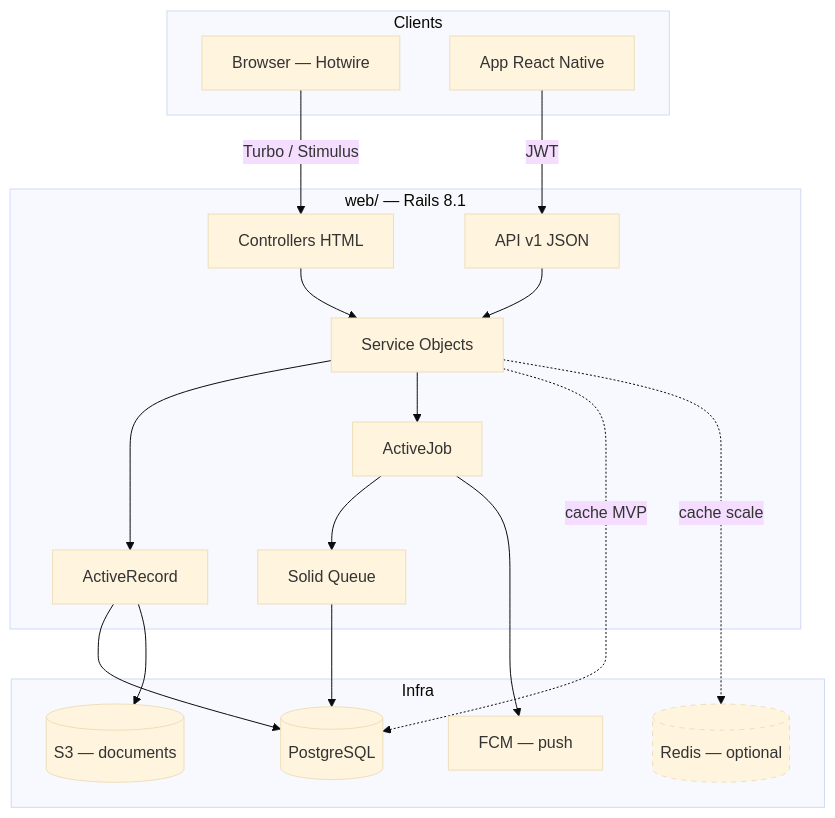
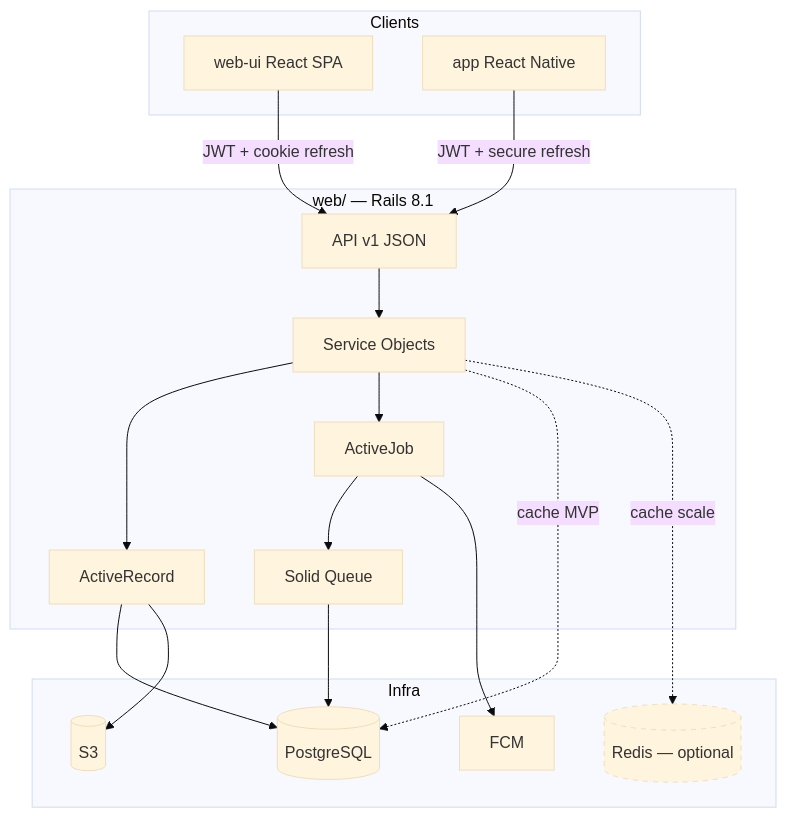
Before and after one commit to DLA-Solutions/school_lab: the first of 2 diagrams in docs/web-stack.md, drawn with Mermaid (base theme). The commit also changed other lines of this file and 13 other files, not shown here.

First line of the commit message:
docs: plan API v1 with React clients, rswag, and JWT auth lifecycle

````diff
--- a/docs/web-stack.md
+++ b/docs/web-stack.md
@@ -174,44 +188,42 @@
 ```mermaid
 flowchart TB
     subgraph clients [Clients]
-        Browser[Browser — Hotwire]
-        MobileApp[App React Native]
+        WebUI[web-ui React SPA]
+        MobileApp[app React Native]
     end
 
     subgraph web [web/ — Rails 8.1]
-        HTML[Controllers HTML]
         API[API v1 JSON]
         Services[Service Objects]
         Models[ActiveRecord]
         Jobs[ActiveJob]
         SQ[Solid Queue]
     end
 
     subgraph infra [Infra]
         PG[(PostgreSQL)]
         Redis[(Redis — optional)]
-        S3[(S3 — documents)]
-        FCM[FCM — push]
+        S3[(S3)]
+        FCM[FCM]
     end
 
-    Browser -->|Turbo / Stimulus| HTML
-    MobileApp -->|JWT| API
+    WebUI -->|JWT + cookie refresh| API
+    MobileApp -->|JWT + secure refresh| API
 
-    HTML --> Services
     API --> Services
     Services --> Models
     Services --> Jobs
 
     Jobs --> SQ
     SQ --> PG
     Jobs --> FCM
 
     Models --> PG
     Models --> S3
 
     Services -.->|cache MVP| PG
     Services -.->|cache scale| Redis
 
     classDef optional stroke-dasharray: 5 5
     class Redis optional
 ```
````
